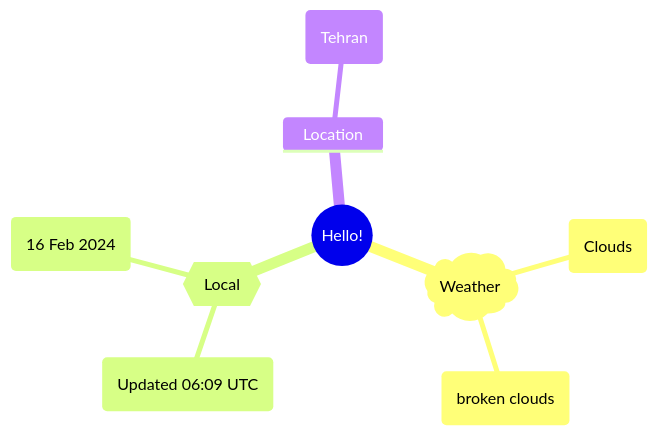
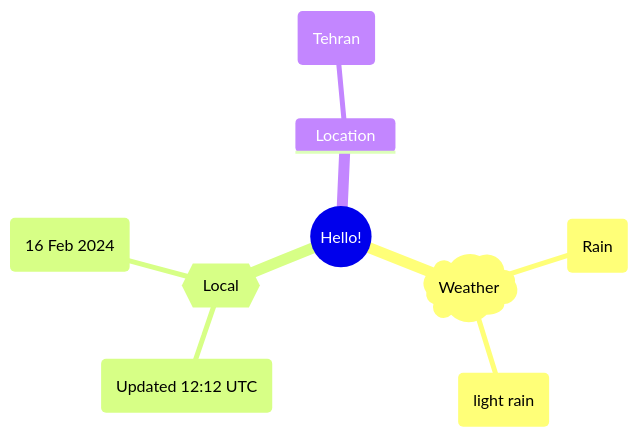
The first of 2 diagrams in README.md (Xosrov/Xosrov), drawn with Mermaid before and after one commit.

Commit message:
[bot] updated images

````diff
--- a/README.md
+++ b/README.md
@@ -3,12 +3,12 @@
 ```mermaid
 mindmap
   root((Hello!))
     )Weather(
-        (Clouds)
-        (broken clouds)
+        (Rain)
+        (light rain)
     {{Local}}
-        (Updated 06:09 UTC)
+        (Updated 12:12 UTC)
         (16 Feb 2024)
     Location
         (Tehran)
 ```
````
